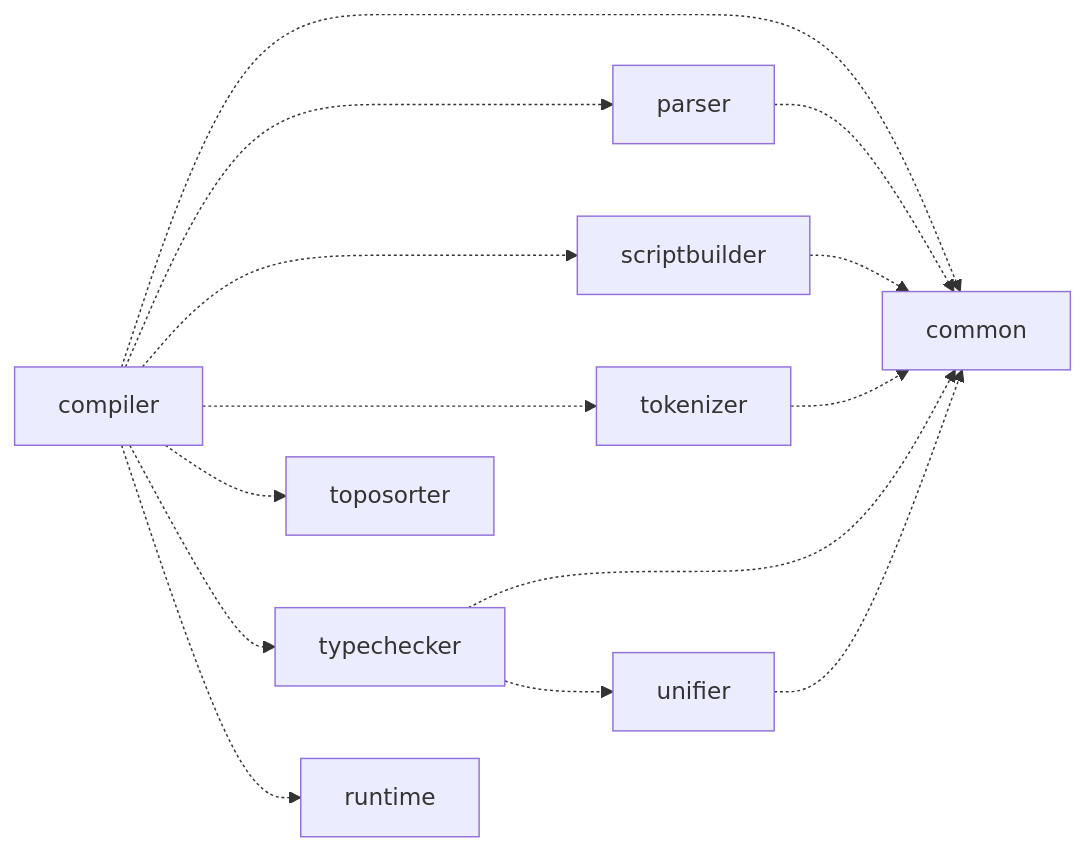
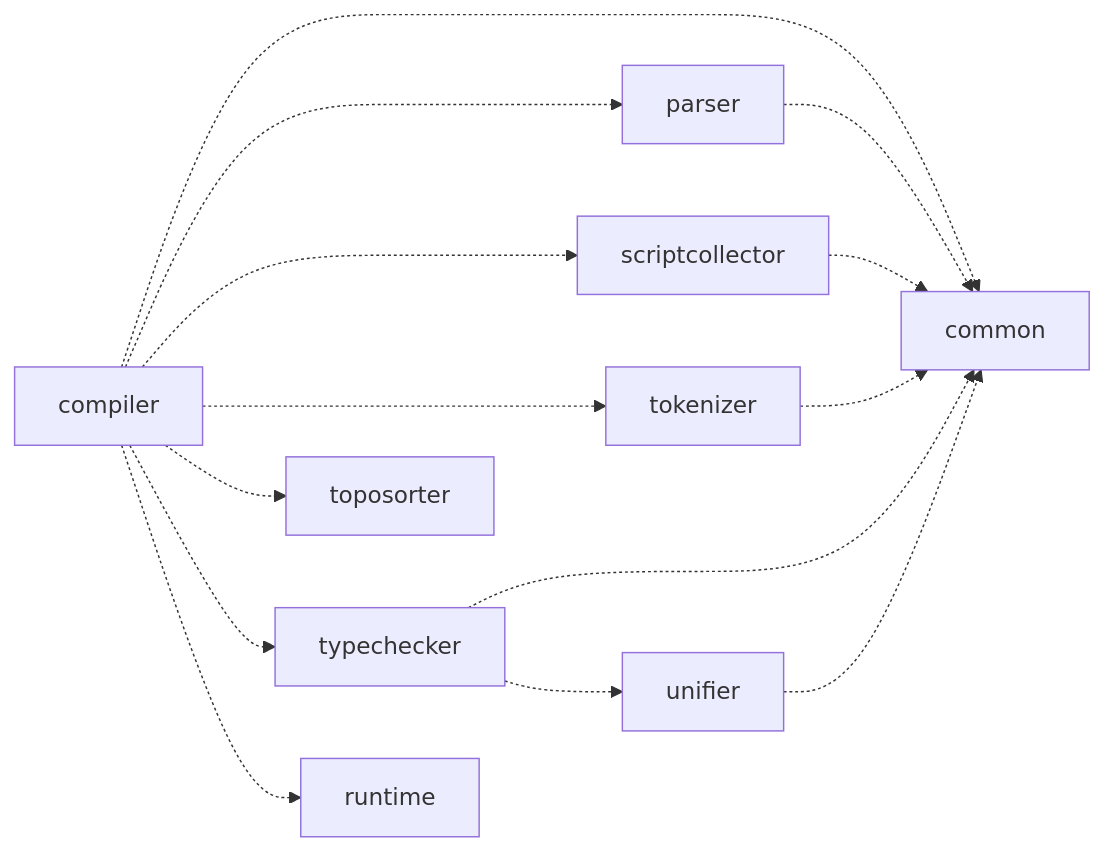
Before and after one commit to hoplang/hop: the diagram in CLAUDE.md, drawn with Mermaid. The commit also changed other lines of this file and 2 other files, not shown here.

````diff
--- a/CLAUDE.md
+++ b/CLAUDE.md
@@ -27,16 +41,16 @@
 ```mermaid
 graph LR
     tokenizer -.-> common
     parser -.-> common
     unifier -.-> common
-    scriptbuilder -.-> common
+    scriptcollector -.-> common
     compiler -.-> common
     typechecker -.-> common
     typechecker -.-> unifier
     compiler -.-> parser
-    compiler -.-> scriptbuilder
+    compiler -.-> scriptcollector
     compiler -.-> tokenizer
     compiler -.-> toposorter
     compiler -.-> typechecker
     compiler -.-> runtime
 ```
````
